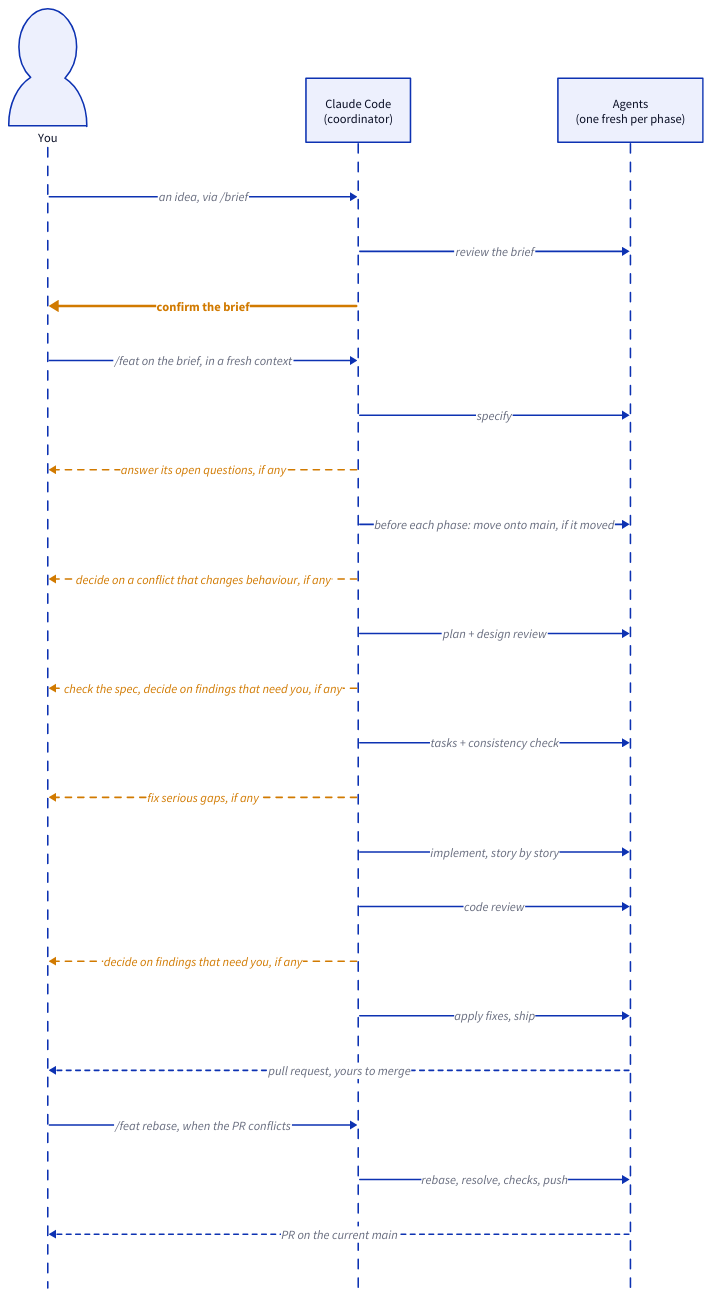
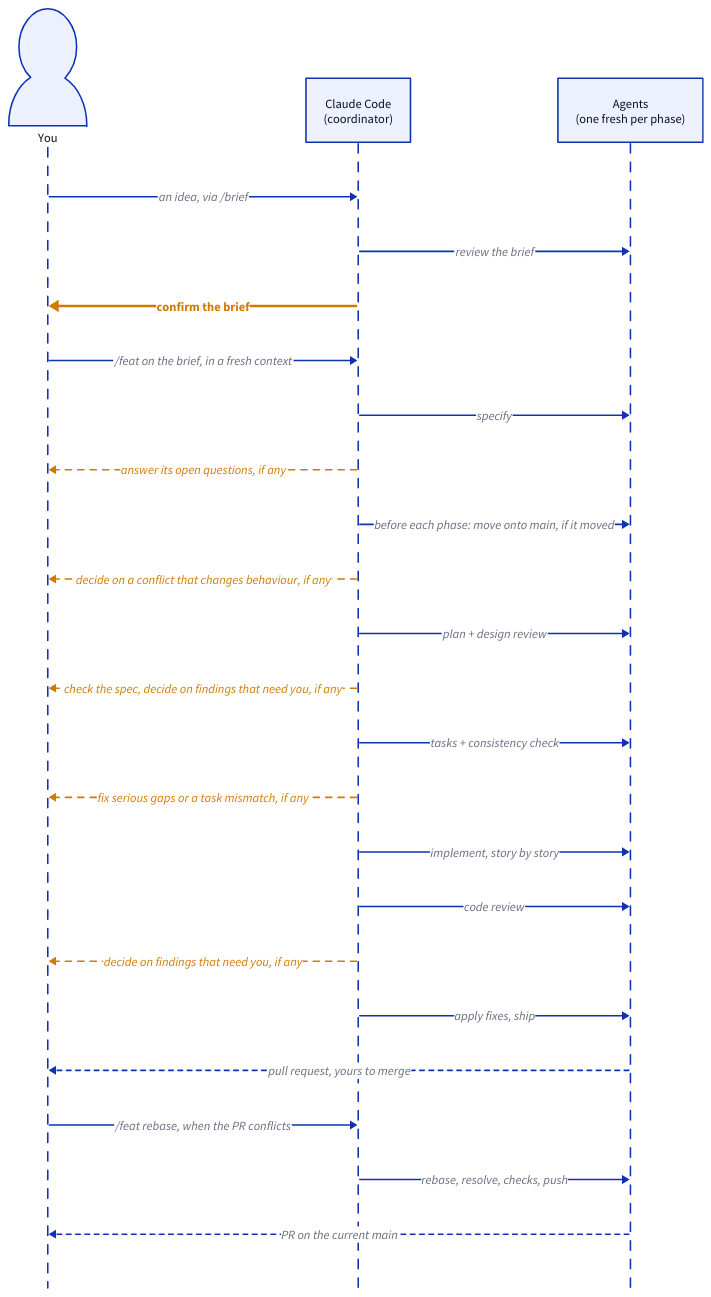
Before and after one commit to pdemagny/feat-agent: the diagram in docs/diagrams/gates.d2, drawn with D2. The commit also changed 26 other files, not shown here.

```diff
--- a/docs/diagrams/gates.d2
+++ b/docs/diagrams/gates.d2
@@ -1,36 +1,36 @@
 # Who does what, and when the run waits for you (small and medium features).
 # Render with `mise run diagrams`; the SVG is docs/img/gates.svg.
 shape: sequence_diagram
 
 classes: {
   # always stops
   gate: {style: {stroke: "#d17a00"; stroke-width: 3; font-color: "#d17a00"; bold: true}}
   # stops only when something needs your call
   maybe: {style: {stroke: "#d17a00"; stroke-width: 2; stroke-dash: 4; font-color: "#d17a00"}}
   back: {style.stroke-dash: 3}
 }
 
 you: You {shape: person}
 cc: Claude Code\n(coordinator)
 agents: Agents\n(one fresh per phase)
 
 you -> cc: an idea, via /brief
 cc -> agents: review the brief
 cc -> you: confirm the brief {class: gate}
 you -> cc: /feat on the brief, in a fresh context
 cc -> agents: specify
 cc -> you: answer its open questions, if any {class: maybe}
 cc -> agents: before each phase: move onto main, if it moved
 cc -> you: decide on a conflict that changes behaviour, if any {class: maybe}
 cc -> agents: plan + design review
 cc -> you: check the spec, decide on findings that need you, if any {class: maybe}
 cc -> agents: tasks + consistency check
-cc -> you: fix serious gaps, if any {class: maybe}
+cc -> you: fix serious gaps or a task mismatch, if any {class: maybe}
 cc -> agents: implement, story by story
 cc -> agents: code review
 cc -> you: decide on findings that need you, if any {class: maybe}
 cc -> agents: apply fixes, ship
 agents -> you: pull request, yours to merge {class: back}
 you -> cc: /feat rebase, when the PR conflicts
 cc -> agents: rebase, resolve, checks, push
 agents -> you: PR on the current main {class: back}
```
